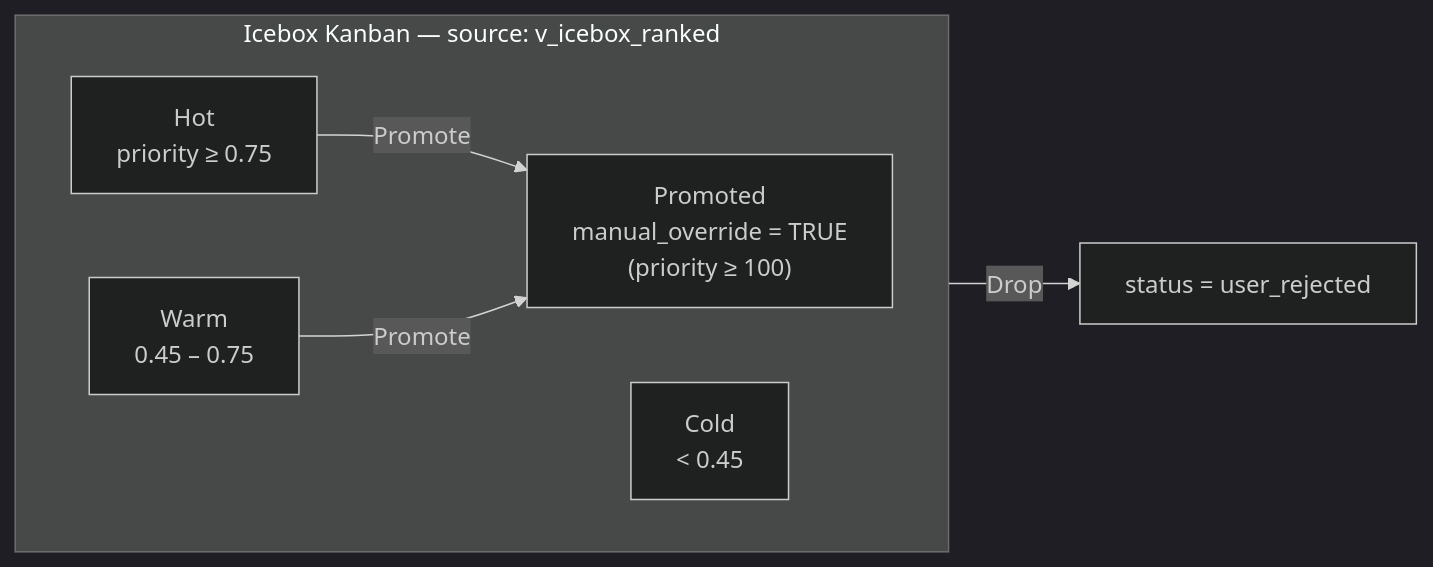
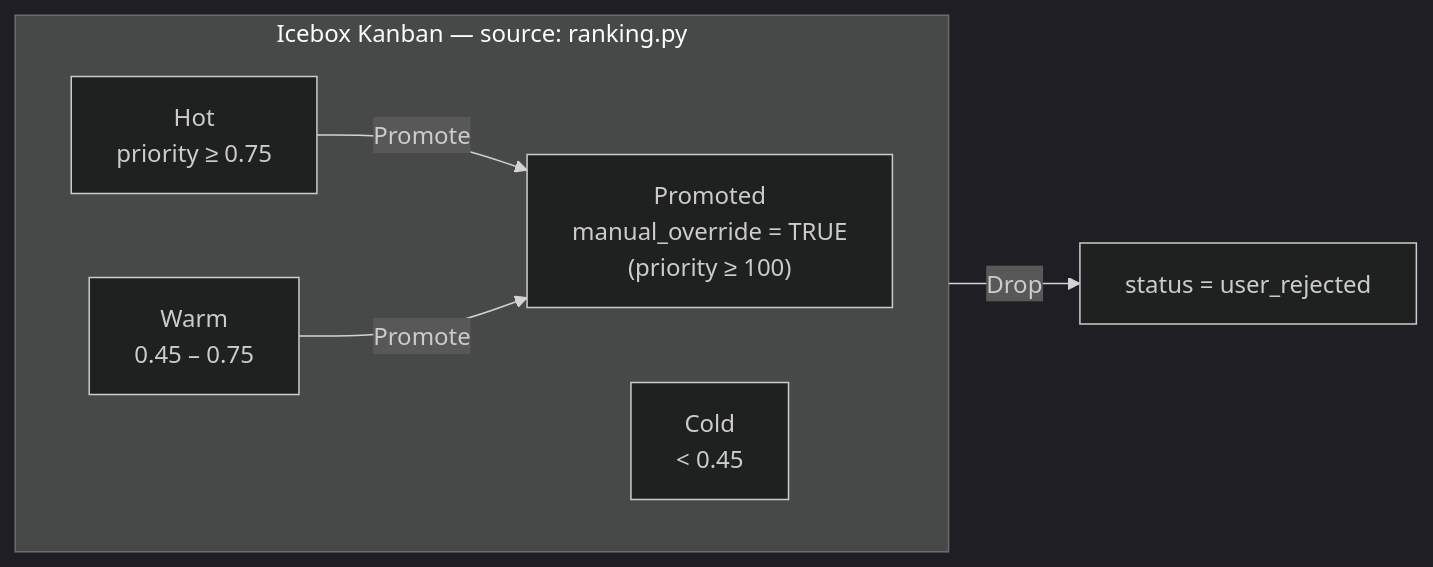
One commit to kristenmartino/aeroapply changed the second of 3 diagrams in docs/UI_UX.md. Above: the diagram before and after it, drawn with Mermaid (dark theme). The commit also changed other lines of this file and 25 other files, not shown here.

````diff
--- a/docs/UI_UX.md
+++ b/docs/UI_UX.md
@@ -88,13 +88,13 @@
 ```mermaid
 flowchart LR
-  subgraph BOARD["Icebox Kanban — source: v_icebox_ranked"]
+  subgraph BOARD["Icebox Kanban — source: ranking.py"]
     direction LR
     C0["Promoted\nmanual_override = TRUE\n(priority ≥ 100)"]
     C1["Hot\npriority ≥ 0.75"]
     C2["Warm\n0.45 – 0.75"]
     C3["Cold\n< 0.45"]
   end
   C1 -->|Promote| C0
   C2 -->|Promote| C0
   C3 -->|Drop| TRASH["status = user_rejected"]
 ```
````
